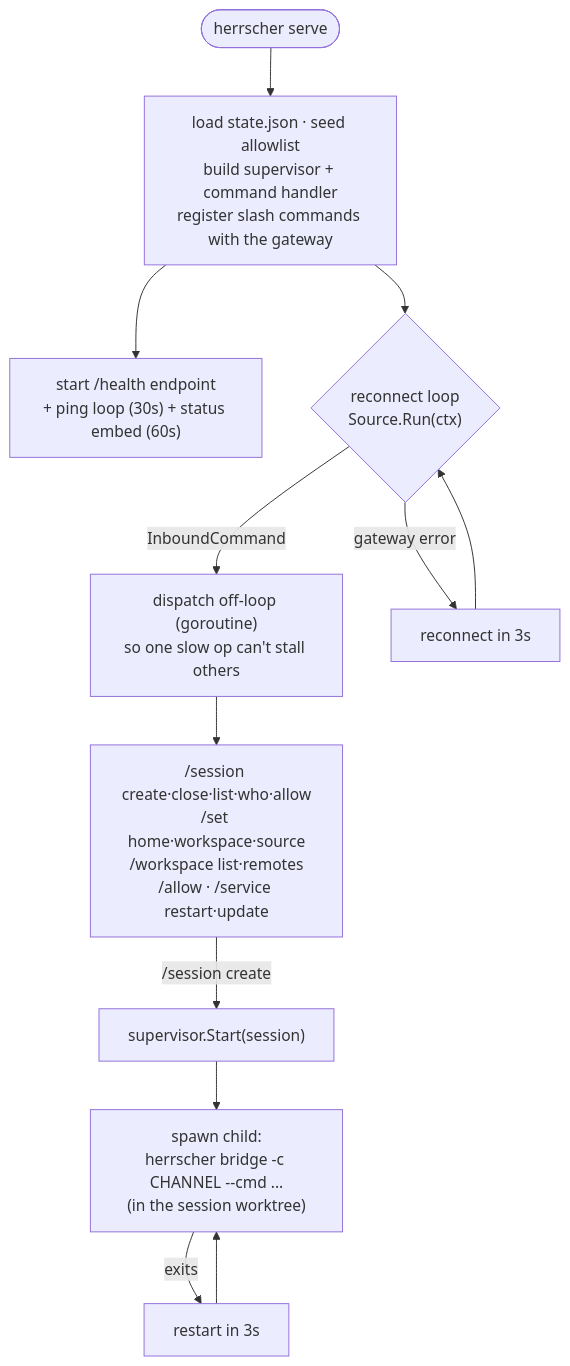
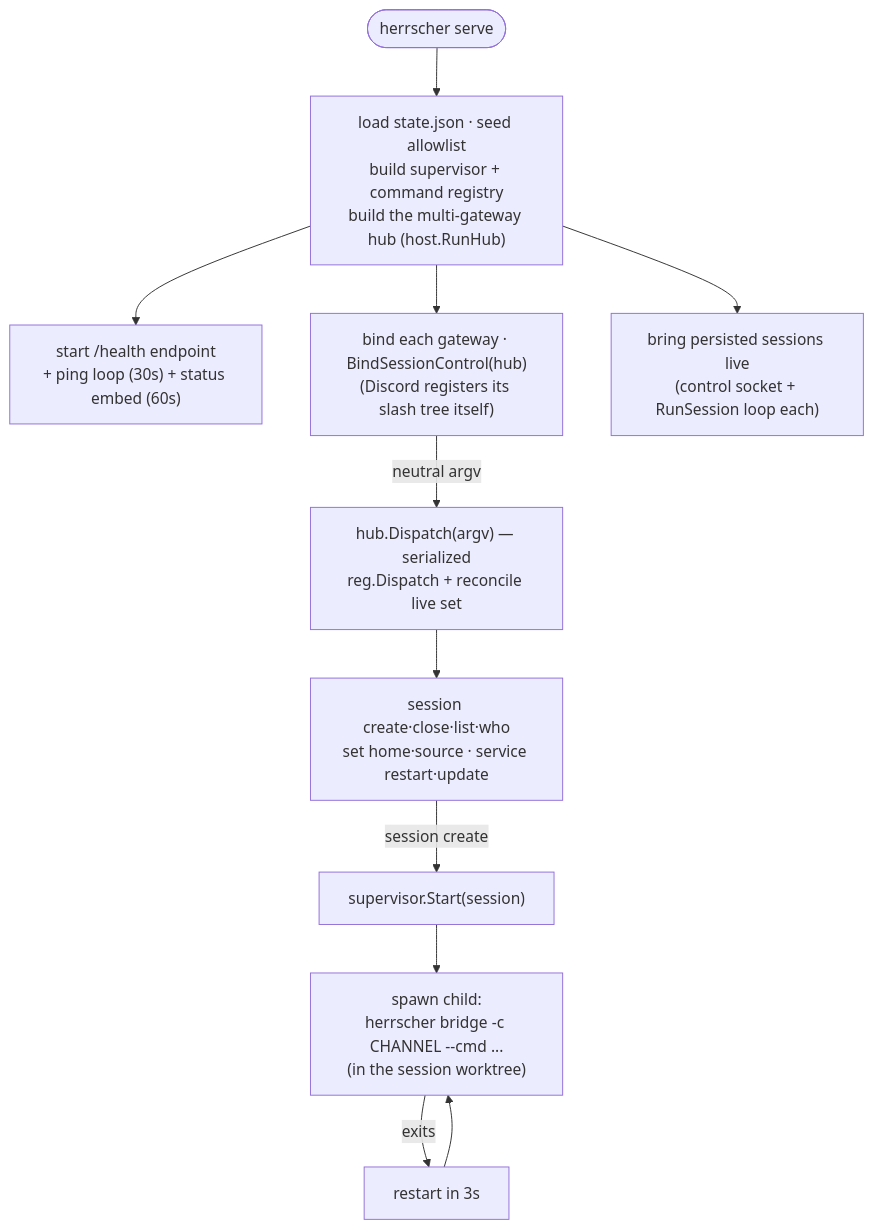
One commit to Herrscherd/herrscher changed the fourth of 6 diagrams in README.md. Above: the diagram before and after it, drawn with Mermaid. The commit also changed other lines of this file and 1 other file, not shown here.

First line of the commit message:
fix(host): serialize hub Dispatch+reconcile; refresh README command surface

````diff
--- a/README.md
+++ b/README.md
@@ -260,12 +262,12 @@
 ```mermaid
 flowchart TB
-    START(["herrscher serve"]) --> INIT["load state.json · seed allowlist<br/>build supervisor + command handler<br/>register slash commands with the gateway"]
+    START(["herrscher serve"]) --> INIT["load state.json · seed allowlist<br/>build supervisor + command registry<br/>build the multi-gateway hub (host.RunHub)"]
     INIT --> HEALTH["start /health endpoint<br/>+ ping loop (30s) + status embed (60s)"]
-    INIT --> LOOP{"reconnect loop<br/>Source.Run(ctx)"}
-    LOOP -->|InboundCommand| DISPATCH["dispatch off-loop (goroutine)<br/>so one slow op can't stall others"]
-    DISPATCH --> CMDS["/session create·close·list·who·allow<br/>/set home·workspace·source<br/>/workspace list·remotes<br/>/allow · /service restart·update"]
-    CMDS -->|/session create| SUP["supervisor.Start(session)"]
+    INIT --> BIND["bind each gateway · BindSessionControl(hub)<br/>(Discord registers its slash tree itself)"]
+    INIT --> LIVE["bring persisted sessions live<br/>(control socket + RunSession loop each)"]
+    BIND -->|neutral argv| DISPATCH["hub.Dispatch(argv) — serialized<br/>reg.Dispatch + reconcile live set"]
+    DISPATCH --> CMDS["session create·close·list·who<br/>set home·source · service restart·update"]
+    CMDS -->|session create| SUP["supervisor.Start(session)"]
     SUP --> CHILD["spawn child:<br/>herrscher bridge -c CHANNEL --cmd ...<br/>(in the session worktree)"]
     CHILD -->|exits| RESTART["restart in 3s"] --> CHILD
-    LOOP -->|gateway error| RECON["reconnect in 3s"] --> LOOP
 ```
````
